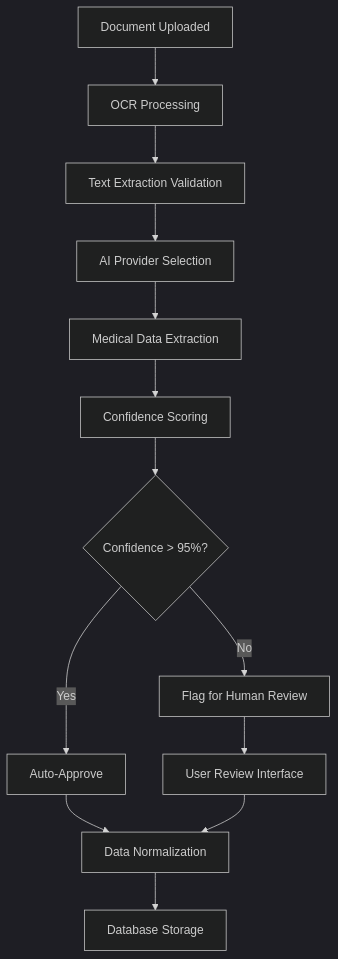
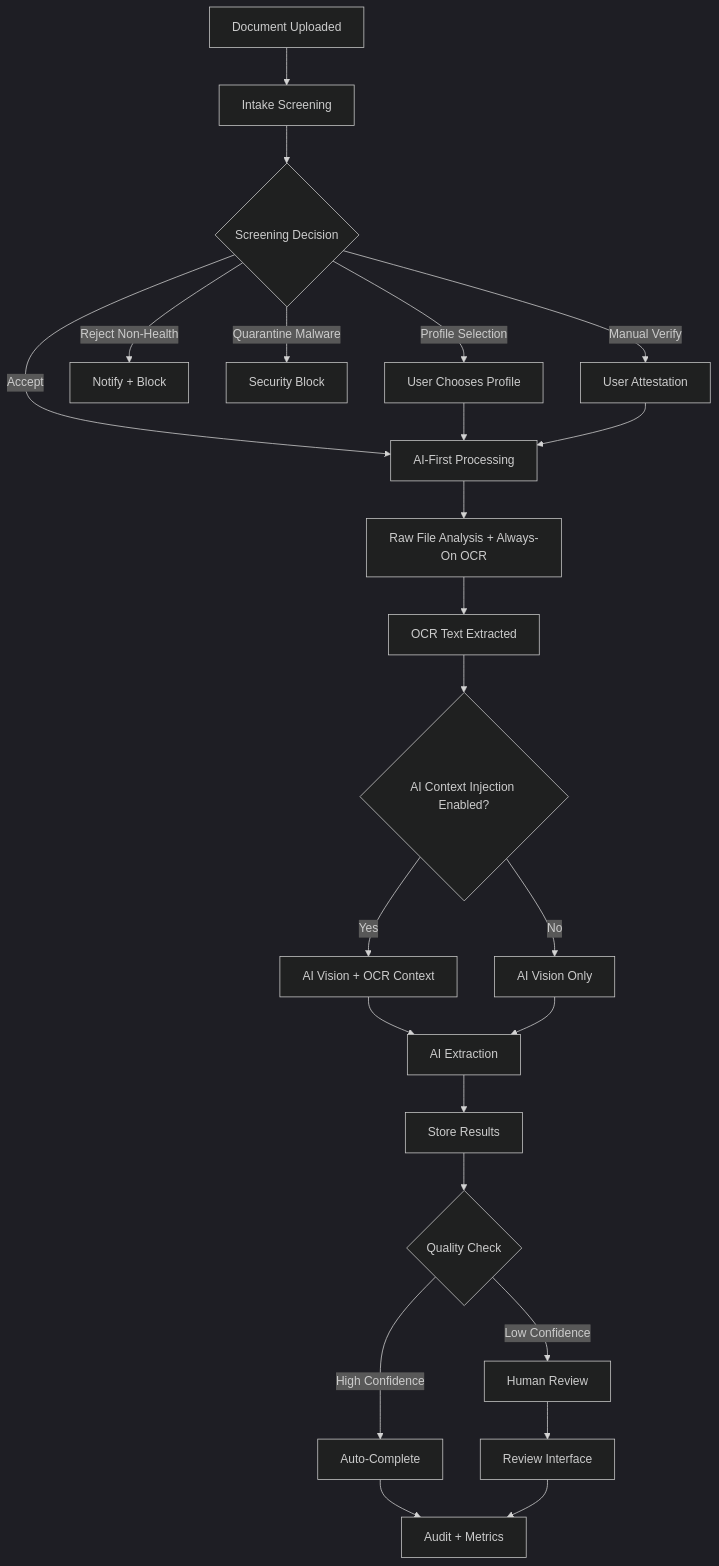
The diagram in shared/docs/architecture/ai-processing/README.md (xavierjflanagan/Guardian), drawn with Mermaid (dark theme) before and after one commit. The commit also changed other lines of this file and 20 other files, not shown here.

````diff
--- a/shared/docs/architecture/ai-processing/README.md
+++ b/shared/docs/architecture/ai-processing/README.md
@@ -88,15 +107,31 @@
 ```mermaid
 graph TD
-    A[Document Uploaded] --> B[OCR Processing]
-    B --> C[Text Extraction Validation]
-    C --> D[AI Provider Selection]
-    D --> E[Medical Data Extraction]
-    E --> F[Confidence Scoring]
-    F --> G{Confidence > 95%?}
-    G -->|Yes| H[Auto-Approve]
-    G -->|No| I[Flag for Human Review]
-    H --> J[Data Normalization]
-    I --> K[User Review Interface]
-    K --> J
-    J --> L[Database Storage]
+    A[Document Uploaded] --> B[Intake Screening]
+    B --> C{Screening Decision}
+    
+    C -->|Accept| D[AI-First Processing]
+    C -->|Profile Selection| E[User Chooses Profile]
+    C -->|Reject Non-Health| F[Notify + Block]
+    C -->|Quarantine Malware| G[Security Block]
+    C -->|Manual Verify| H[User Attestation]
+    
+    E --> D
+    H --> D
+    
+    D --> I[Raw File Analysis + Always-On OCR]
+    I --> J[OCR Text Extracted]
+    J --> K{AI Context Injection Enabled?}
+    K -->|Yes| L[AI Vision + OCR Context]
+    K -->|No| M[AI Vision Only]
+    L --> N[AI Extraction]
+    M --> N
+    
+    N --> O[Store Results]
+    O --> P{Quality Check}
+    P -->|High Confidence| Q[Auto-Complete]
+    P -->|Low Confidence| R[Human Review]
+    
+    Q --> S[Audit + Metrics]
+    R --> T[Review Interface]
+    T --> S
 ```
````
